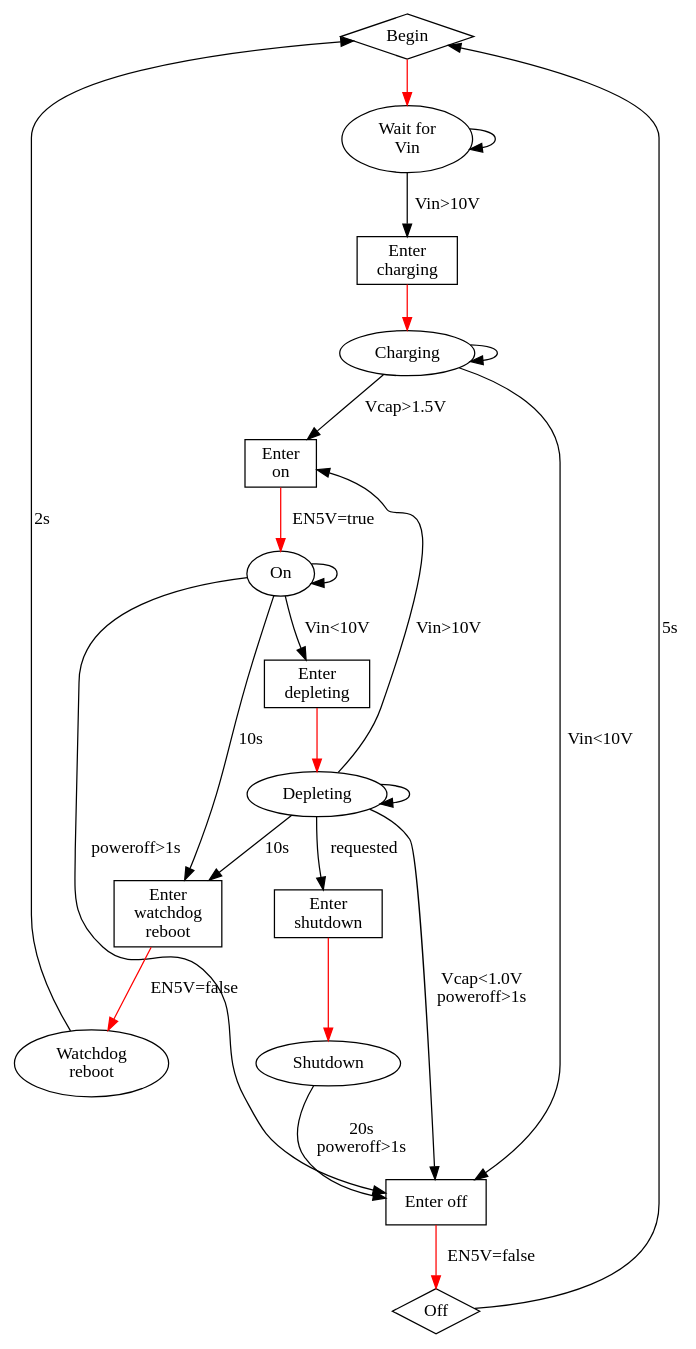
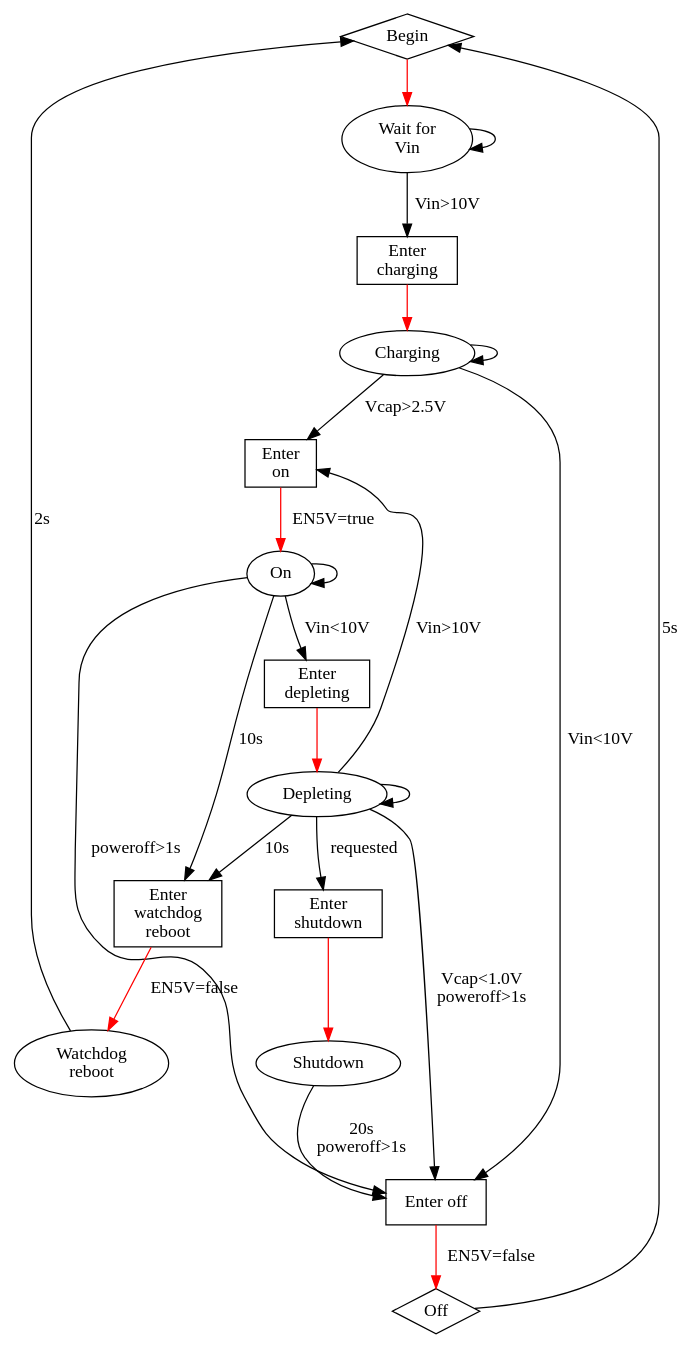
The diagram in state_machine.dot (hatlabs/SH-RPi-firmware), drawn with Graphviz before and after one commit. The commit also changed 1 other file, not shown here.

```diff
--- a/state_machine.dot
+++ b/state_machine.dot
@@ -1,41 +1,41 @@
 digraph G {
 begin [label="Begin",shape=diamond];
 wait_vin_on [label="Wait for\nVin"];
 ent_CHARGING [label="Enter\ncharging",shape=box];
 CHARGING [label="Charging"];
 ent_ON [label="Enter\non",shape=box];
 ON [label="On"];
 ent_DEPLETING [label="Enter\ndepleting",shape=box];
 DEPLETING [label="Depleting"];
 ent_shutdown [label="Enter\nshutdown",shape=box];
 shutdown [label="Shutdown"];
 ent_watchdog_reboot [label="Enter\nwatchdog\nreboot",shape=box];
 watchdog_reboot [label="Watchdog\nreboot"];
 ent_OFF [label="Enter off",shape=box];
 OFF [label="Off",shape=diamond];
 
 begin -> wait_vin_on [color="red",weight=8];
 wait_vin_on -> wait_vin_on;
 wait_vin_on -> ent_CHARGING [label="Vin>10V"];
 ent_CHARGING -> CHARGING [color="red",weight=8];
 CHARGING -> CHARGING;
-CHARGING -> ent_ON [label="Vcap>1.5V"];
+CHARGING -> ent_ON [label="Vcap>2.5V"];
 CHARGING -> ent_OFF [label="Vin<10V"];
 ent_ON -> ON [color="red",label="EN5V=true",weight=8];
 ON -> ON;
 ON -> ent_watchdog_reboot [label="10s"];
 ON -> ent_DEPLETING [label="Vin<10V"];
 ON -> ent_OFF [label="poweroff>1s"];
 ent_DEPLETING -> DEPLETING [color="red",weight=8];
 DEPLETING -> DEPLETING;
 DEPLETING -> ent_watchdog_reboot [label="10s"];
 DEPLETING -> ent_shutdown [label="requested"];
 DEPLETING -> ent_ON [label="Vin>10V"];
 DEPLETING -> ent_OFF [label="Vcap<1.0V\npoweroff>1s"];
 ent_shutdown -> shutdown [color="red",weight=8];
 shutdown -> ent_OFF [label="20s\npoweroff>1s"];
 ent_OFF -> OFF [color="red",label="EN5V=false",weight=8];
 OFF -> begin [label="5s"];
 ent_watchdog_reboot -> watchdog_reboot [color="red",label="EN5V=false",weight=8];
 watchdog_reboot -> begin [label="2s"];
 }
```
